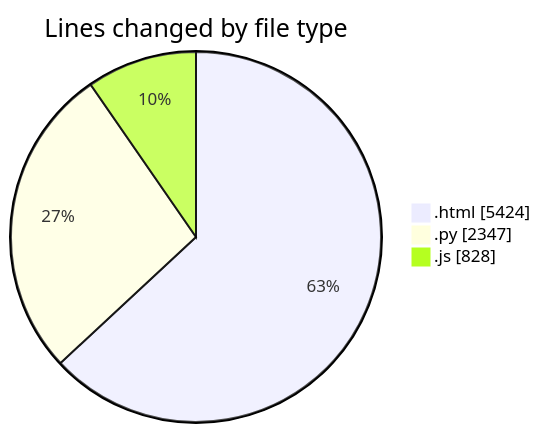
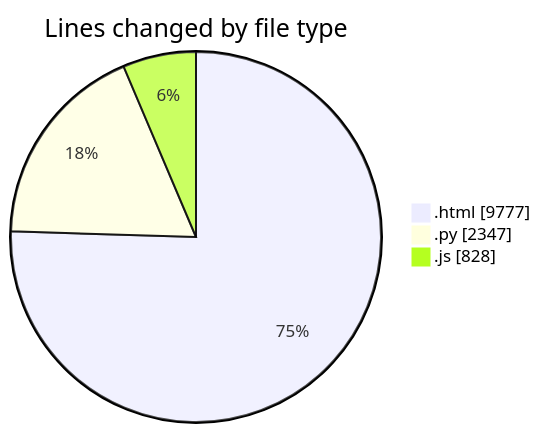
The first of 2 diagrams in 2026-07-12/untitled__workspace_/README.md (shibass792/code-tracking), drawn with Mermaid before and after one commit. The commit also changed other lines of this file and 1 other file, not shown here.

````diff
--- a/2026-07-12/untitled__workspace_/README.md
+++ b/2026-07-12/untitled__workspace_/README.md
@@ -25,7 +25,7 @@
 ```mermaid
 pie showData
 title Lines changed by file type
-".html" : 5424
+".html" : 9777
 ".py" : 2347
 ".js" : 828
 ```
````
